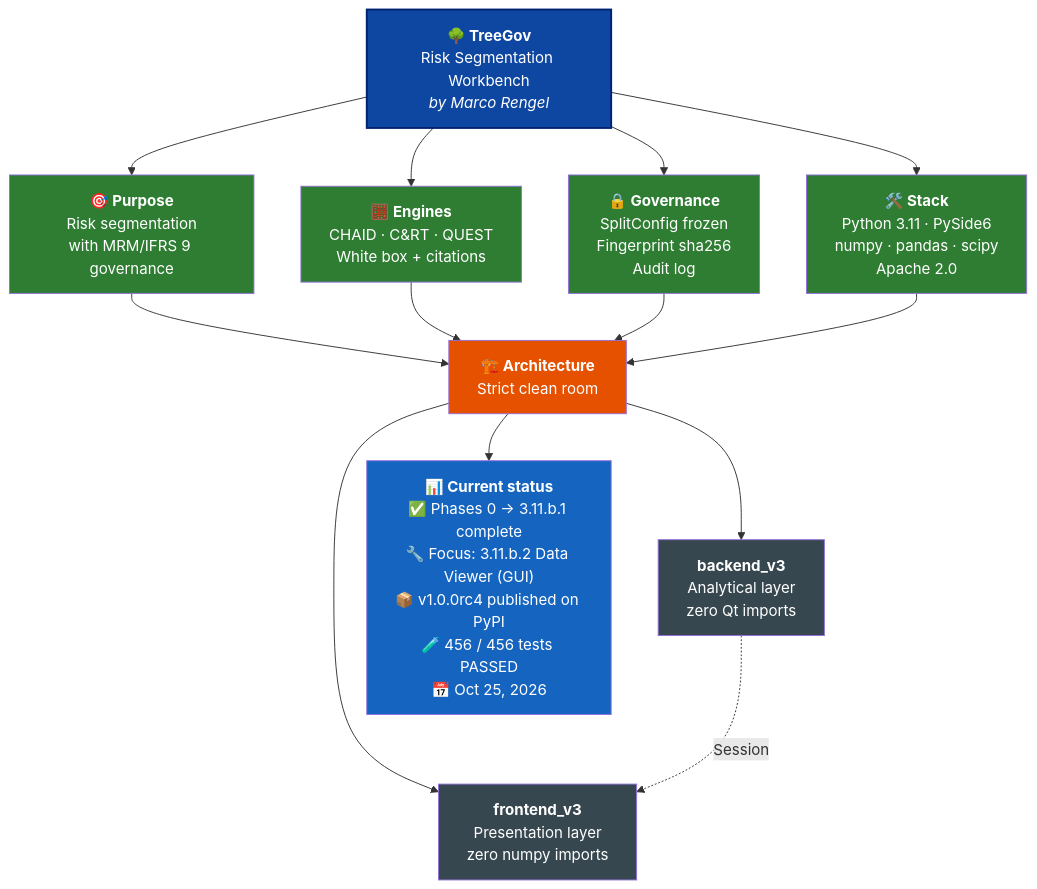
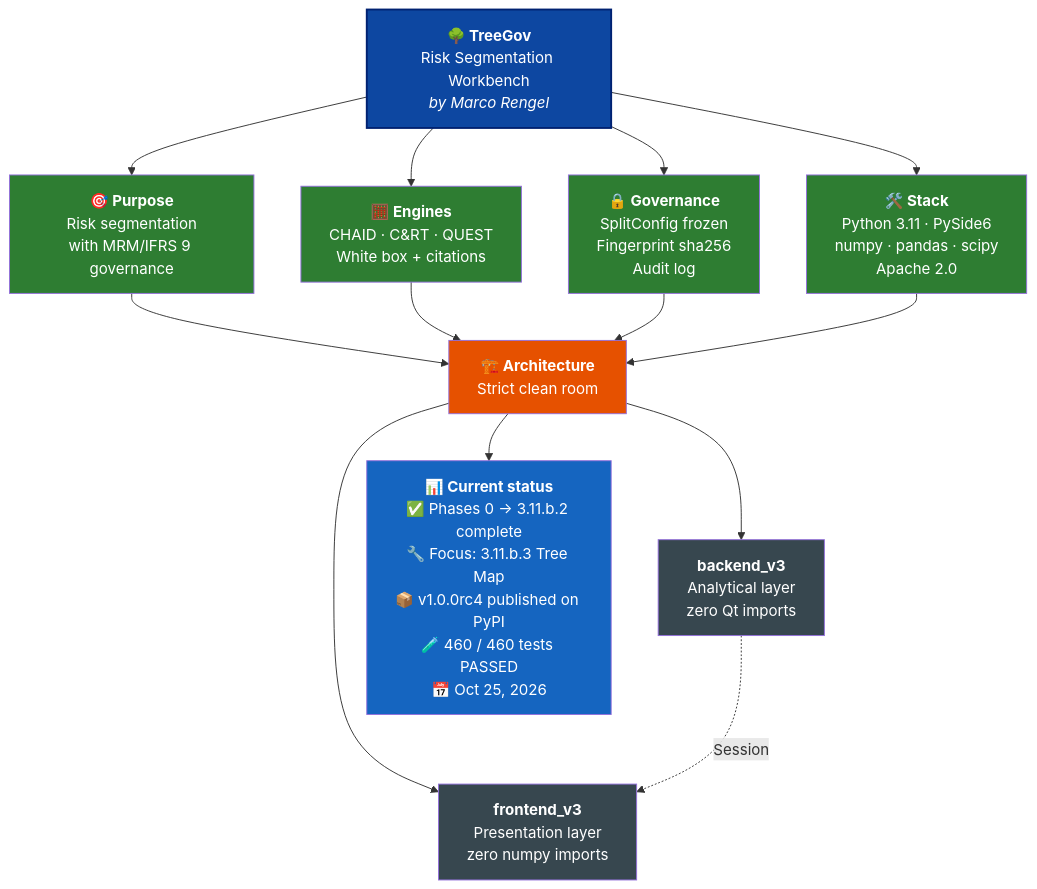
Before and after one commit to Marco-Rengel/treegov: the diagram in README.md, drawn with Mermaid. The commit also changed other lines of this file and 6 other files, not shown here.

Commit message:
docs(3.11.b.2): sync documents for DataViewer frontend (460/460)

````diff
--- a/README.md
+++ b/README.md
@@ -38,31 +38,31 @@
 ```mermaid
 flowchart TB
     TG["<b>🌳 TreeGov</b><br/>Risk Segmentation Workbench<br/><i>by Marco Rengel</i>"]
 
     TG --> P["<b>🎯 Purpose</b><br/>Risk segmentation<br/>with MRM/IFRS 9 governance"]
     TG --> M["<b>🧮 Engines</b><br/>CHAID · C&RT · QUEST<br/>White box + citations"]
     TG --> G["<b>🔒 Governance</b><br/>SplitConfig frozen<br/>Fingerprint sha256<br/>Audit log"]
     TG --> S["<b>🛠️ Stack</b><br/>Python 3.11 · PySide6<br/>numpy · pandas · scipy<br/>Apache 2.0"]
 
     P --> ARQ["<b>🏗️ Architecture</b><br/>Strict clean room"]
     M --> ARQ
     G --> ARQ
     S --> ARQ
 
     ARQ --> BE["<b>backend_v3</b><br/>Analytical layer<br/>zero Qt imports"]
     ARQ --> FE["<b>frontend_v3</b><br/>Presentation layer<br/>zero numpy imports"]
 
     BE -.->|Session| FE
 
-    ARQ --> ST["<b>📊 Current status</b><br/>✅ Phases 0 → 3.11.b.1 complete<br/>🔧 Focus: 3.11.b.2 Data Viewer (GUI)<br/>📦 v1.0.0rc4 published on PyPI<br/>🧪 456 / 456 tests PASSED<br/>📅 Oct 25, 2026"]
+    ARQ --> ST["<b>📊 Current status</b><br/>✅ Phases 0 → 3.11.b.2 complete<br/>🔧 Focus: 3.11.b.3 Tree Map<br/>📦 v1.0.0rc4 published on PyPI<br/>🧪 460 / 460 tests PASSED<br/>📅 Oct 25, 2026"]
 
     style TG fill:#0D47A1,color:#fff,stroke:#002171,stroke-width:2px
     style P fill:#2E7D32,color:#fff
     style M fill:#2E7D32,color:#fff
     style G fill:#2E7D32,color:#fff
     style S fill:#2E7D32,color:#fff
     style ARQ fill:#E65100,color:#fff
     style BE fill:#37474F,color:#fff
     style FE fill:#37474F,color:#fff
     style ST fill:#1565C0,color:#fff
 ```
````
